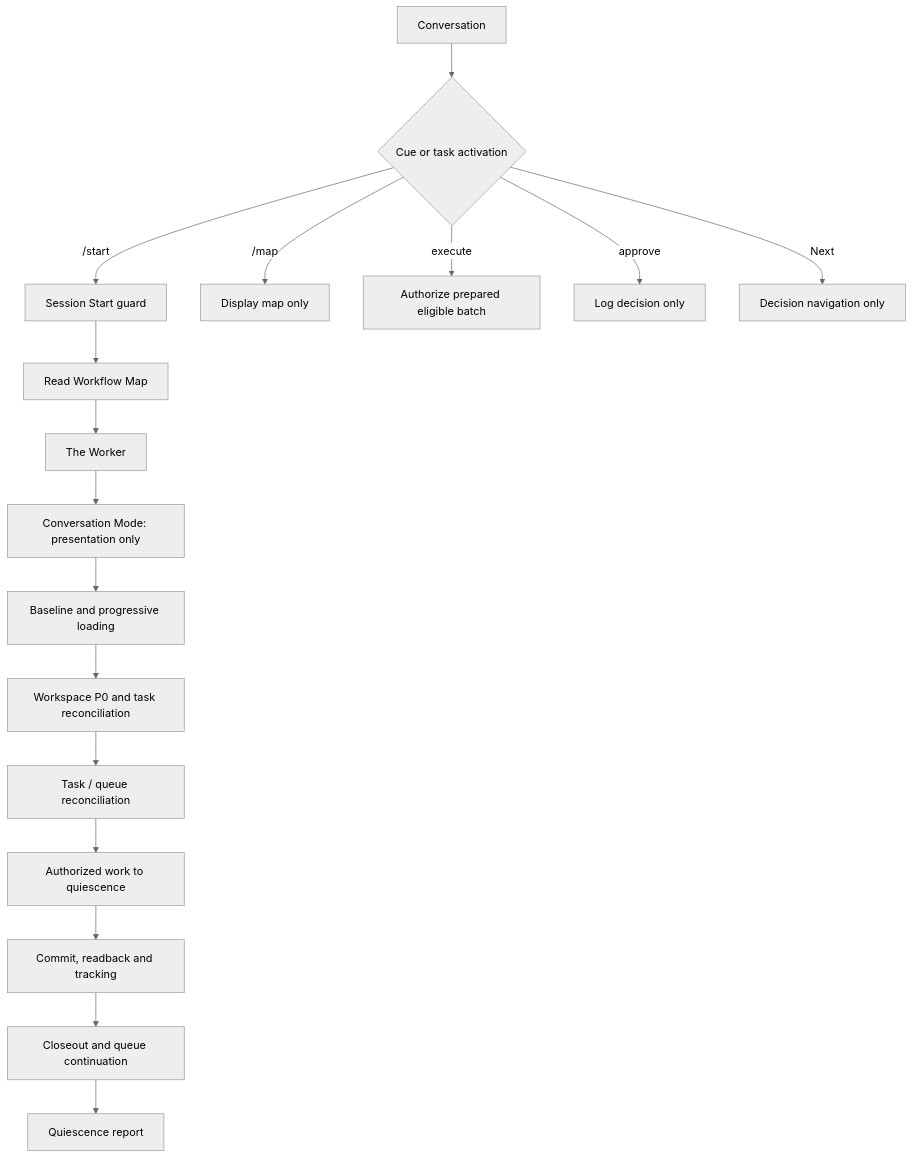
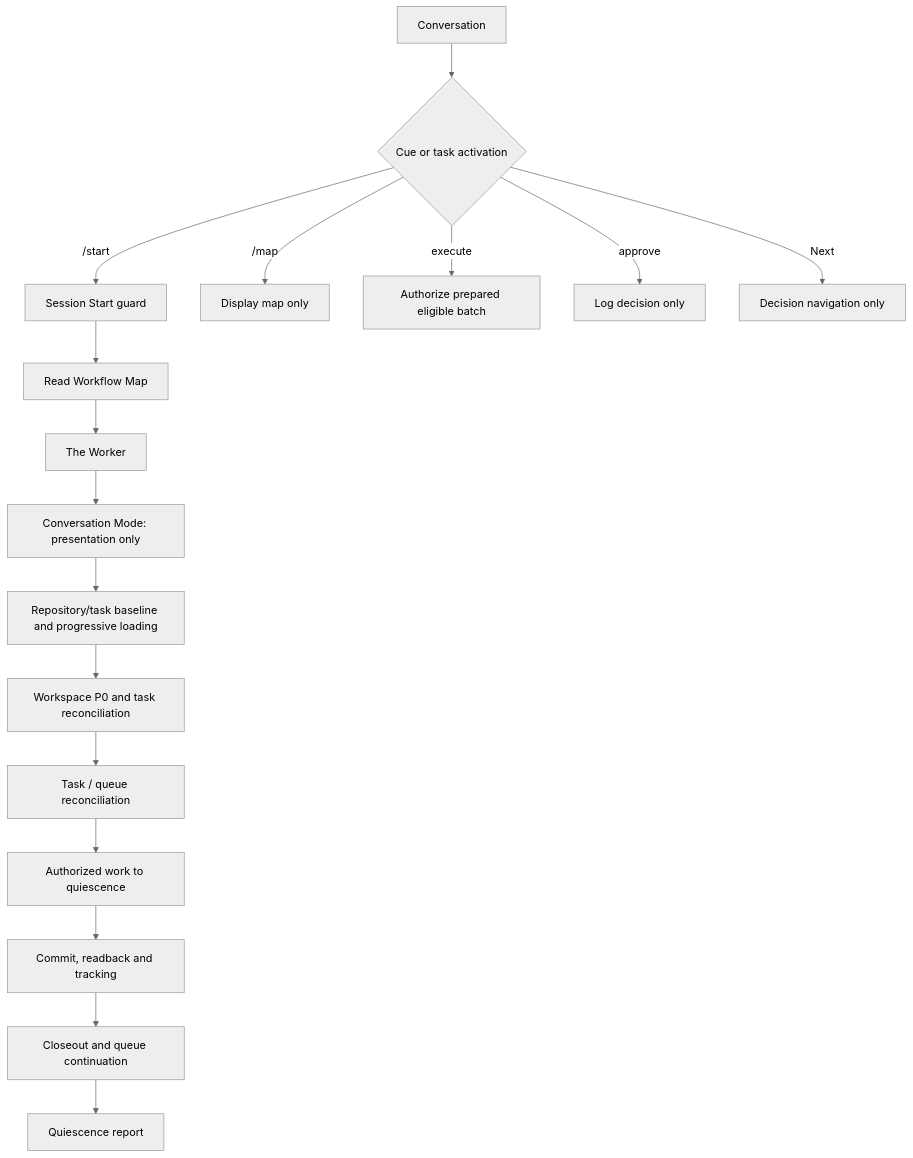
Before and after one commit to dungnv2602/chatgpt: the first of 5 diagrams in .agent/WORKFLOW_MAP.md, drawn with Mermaid (neutral theme).

Commit message:
docs(workflow): clarify non-CI startup baseline
Task-ID: 20261127-173000-73

````diff
--- a/.agent/WORKFLOW_MAP.md
+++ b/.agent/WORKFLOW_MAP.md
@@ -7,9 +7,9 @@
 ```mermaid
 flowchart TD
  A[Conversation] --> B{Cue or task activation}
- B -->|/start| C[Session Start guard] --> D[Read Workflow Map] --> E[The Worker] --> F[Conversation Mode: presentation only] --> G[Baseline and progressive loading] --> H[Workspace P0 and task reconciliation] --> I[Task / queue reconciliation] --> J[Authorized work to quiescence] --> K[Commit, readback and tracking] --> L[Closeout and queue continuation] --> M[Quiescence report]
+ B -->|/start| C[Session Start guard] --> D[Read Workflow Map] --> E[The Worker] --> F[Conversation Mode: presentation only] --> G[Repository/task baseline and progressive loading] --> H[Workspace P0 and task reconciliation] --> I[Task / queue reconciliation] --> J[Authorized work to quiescence] --> K[Commit, readback and tracking] --> L[Closeout and queue continuation] --> M[Quiescence report]
  B -->|/map| N[Display map only]
  B -->|execute| O[Authorize prepared eligible batch]
  B -->|approve| P[Log decision only]
  B -->|Next| Q[Decision navigation only]
 ```
````
